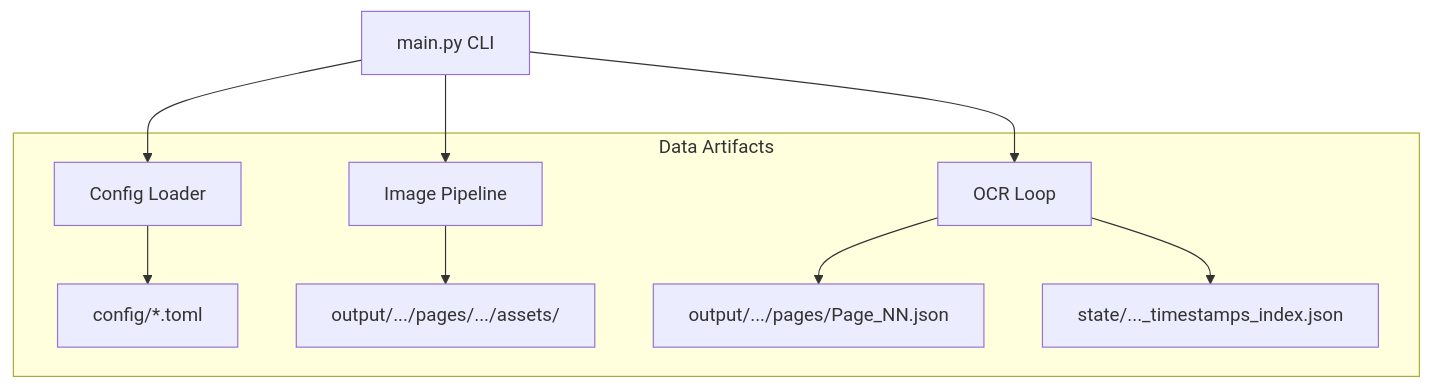
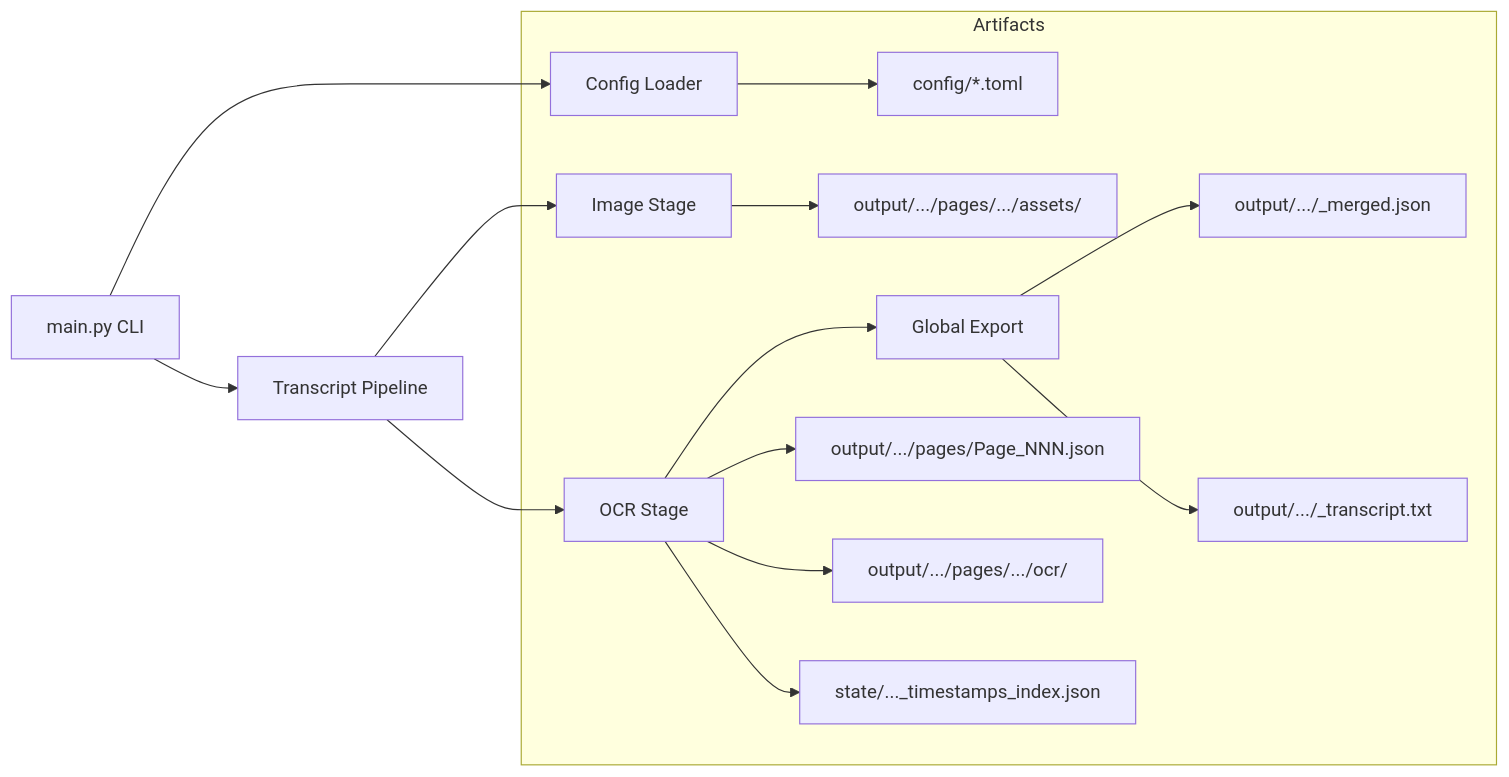
One commit to JeanLouisParent/Nasa-Transcript-Processor changed the first of 2 diagrams in docs/ARCHITECTURE.md. Above: the diagram before and after it, drawn with Mermaid. The commit also changed other lines of this file and 3 other files, not shown here.

Commit message:
Refresh mermaid diagrams across docs

````diff
--- a/docs/ARCHITECTURE.md
+++ b/docs/ARCHITECTURE.md
@@ -12,13 +12,18 @@
 ```mermaid
-flowchart TD
+flowchart LR
     CLI[main.py CLI] --> CFG[Config Loader]
-    CLI --> IP[Image Pipeline]
-    CLI --> OP[OCR Loop]
+    CLI --> PIPE[Transcript Pipeline]
+    PIPE --> IMG[Image Stage]
+    PIPE --> OCR[OCR Stage]
+    OCR --> EXP[Global Export]
 
-    subgraph "Data Artifacts"
+    subgraph Artifacts
     CFG --> TOML[config/*.toml]
-    IP --> ASSETS[output/.../pages/.../assets/]
-    OP --> JSON[output/.../pages/Page_NN.json]
-    OP --> IDX[state/..._timestamps_index.json]
+    IMG --> ASSETS[output/.../pages/.../assets/]
+    OCR --> PAGEJSON[output/.../pages/Page_NNN.json]
+    OCR --> OCRLOGS[output/.../pages/.../ocr/]
+    OCR --> IDX[state/..._timestamps_index.json]
+    EXP --> MERGED[output/.../<stem>_merged.json]
+    EXP --> TXT[output/.../<stem>_transcript.txt]
     end
 ```
````
